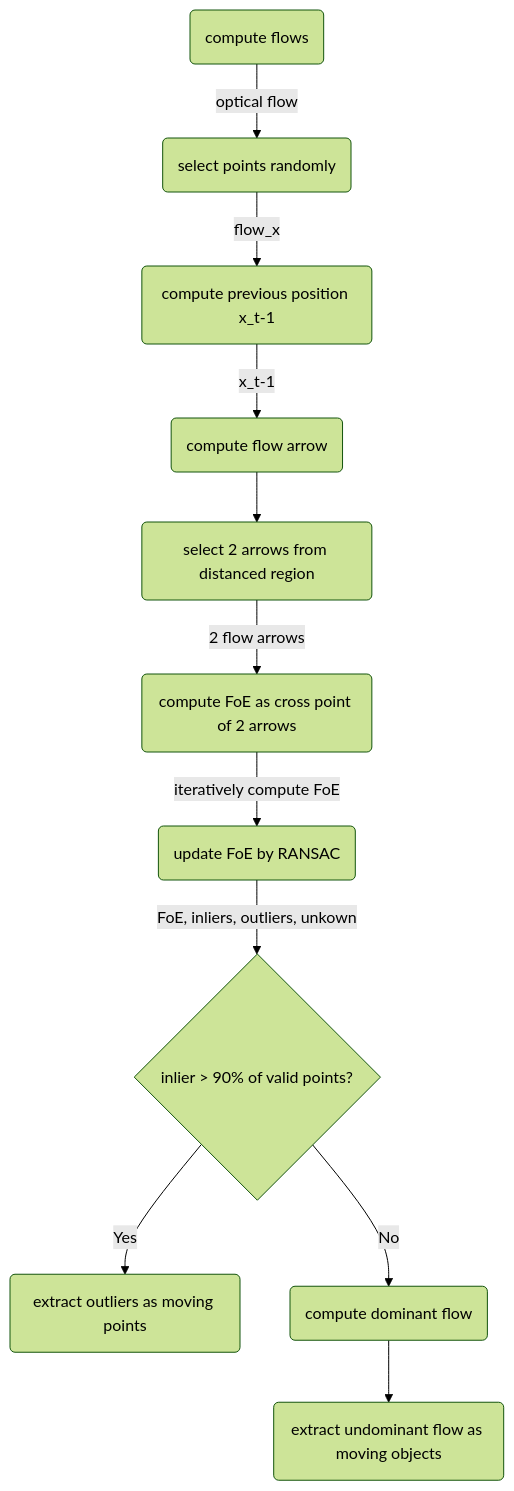
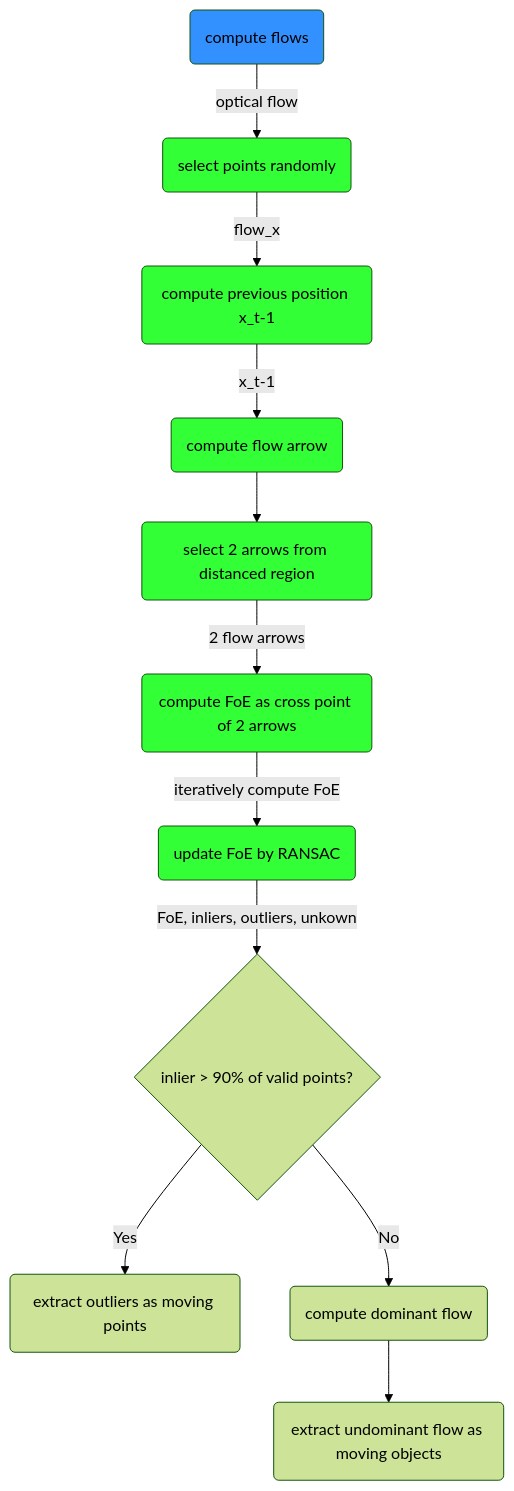
The diagram in doc/flowchart_foebased_movingobjectdetection.md (MasahiroOgawa/reconstruct4D), drawn with Mermaid (forest theme) before and after one commit. The commit also changed 1 other file, not shown here.

Commit message:
update mermaid color.

````diff
--- a/doc/flowchart_foebased_movingobjectdetection.md
+++ b/doc/flowchart_foebased_movingobjectdetection.md
@@ -1,13 +1,16 @@
 ```mermaid
 flowchart TD
     A(compute flows) -->|optical flow| B(select points randomly)
-    B --> |flow_x| C(compute previous position x_t-1)
-    C --> |x_t-1| E(compute flow arrow)
-    E --> F(select 2 arrows from distanced region)
-    F --> |2 flow arrows| G(compute FoE as cross point of 2 arrows)
-    G --> |iteratively compute FoE| H(update FoE by RANSAC)
-    H --> |FoE, inliers, outliers, unkown| I{inlier > 90% of valid points?}
+    B:::foe --> |flow_x| C(compute previous position x_t-1)
+    C:::foe --> |x_t-1| E(compute flow arrow)
+    E:::foe --> F(select 2 arrows from distanced region)
+    F:::foe --> |2 flow arrows| G(compute FoE as cross point of 2 arrows)
+    G:::foe --> |iteratively compute FoE| H(update FoE by RANSAC)
+    H:::foe --> |FoE, inliers, outliers, unkown| I{inlier > 90% of valid points?}
     I --> |Yes| J(extract outliers as moving points)
     I --> |No| K(compute dominant flow)
     K --> L(extract undominant flow as moving objects)
+
+    style A fill:#3390FF
+    classDef foe fill:#33FF36
 ```
````
